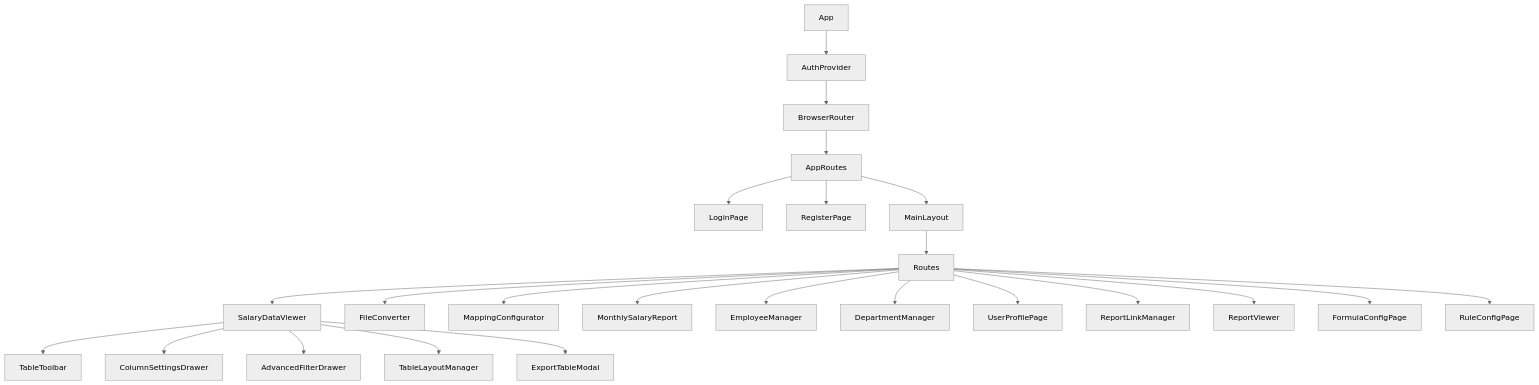
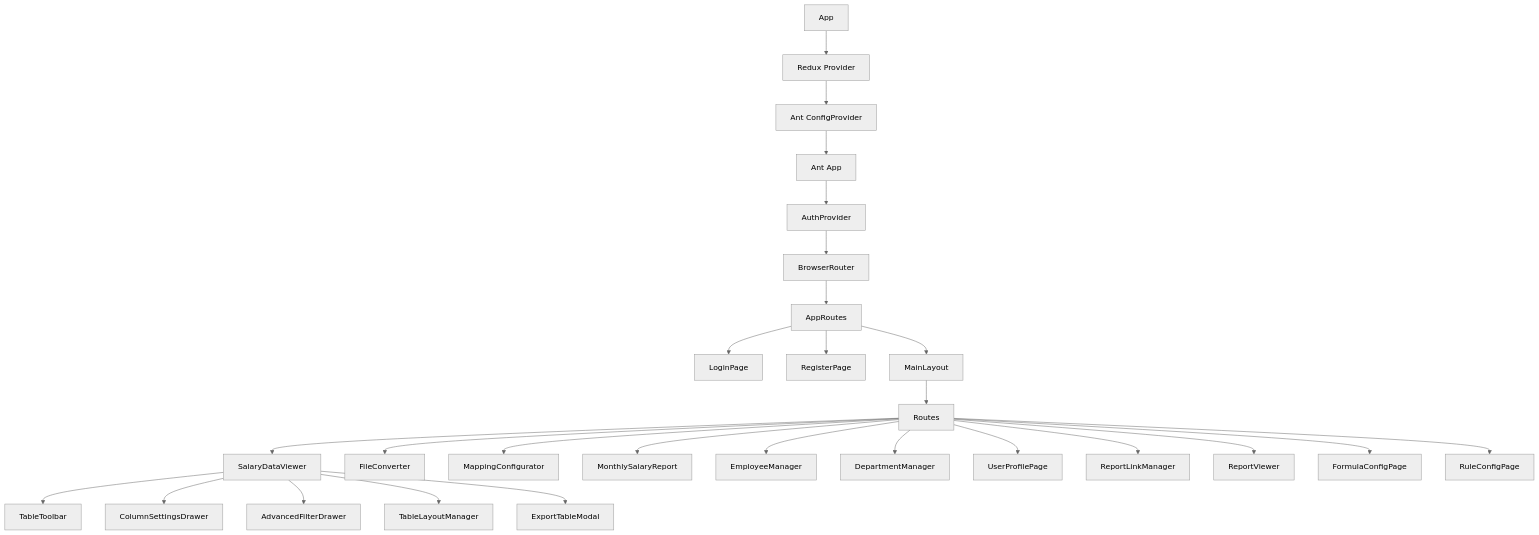
One commit to vmxmy/salary_system_v2 changed the first of 5 diagrams in memory-bank/frontend-architecture.md. Above: the diagram before and after it, drawn with Mermaid (neutral theme). The commit also changed other lines of this file and 6 other files, not shown here.

````diff
--- a/memory-bank/frontend-architecture.md
+++ b/memory-bank/frontend-architecture.md
@@ -37,27 +39,30 @@
 ```mermaid
 graph TD
-    App --> AuthProvider
+    App --> Provider[Redux Provider]
+    Provider --> ConfigProvider[Ant ConfigProvider]
+    ConfigProvider --> AntApp[Ant App]
+    AntApp --> AuthProvider
     AuthProvider --> BrowserRouter
     BrowserRouter --> AppRoutes
     AppRoutes --> LoginPage
     AppRoutes --> RegisterPage
     AppRoutes --> MainLayout
     MainLayout --> Routes
     Routes --> SalaryDataViewer
     Routes --> FileConverter
     Routes --> MappingConfigurator
     Routes --> MonthlySalaryReport
     Routes --> EmployeeManager
     Routes --> DepartmentManager
     Routes --> UserProfilePage
     Routes --> ReportLinkManager
     Routes --> ReportViewer
     Routes --> FormulaConfigPage
     Routes --> RuleConfigPage
-    
+
     SalaryDataViewer --> TableToolbar
     SalaryDataViewer --> ColumnSettingsDrawer
     SalaryDataViewer --> AdvancedFilterDrawer
     SalaryDataViewer --> TableLayoutManager
     SalaryDataViewer --> ExportTableModal
 ```
````
